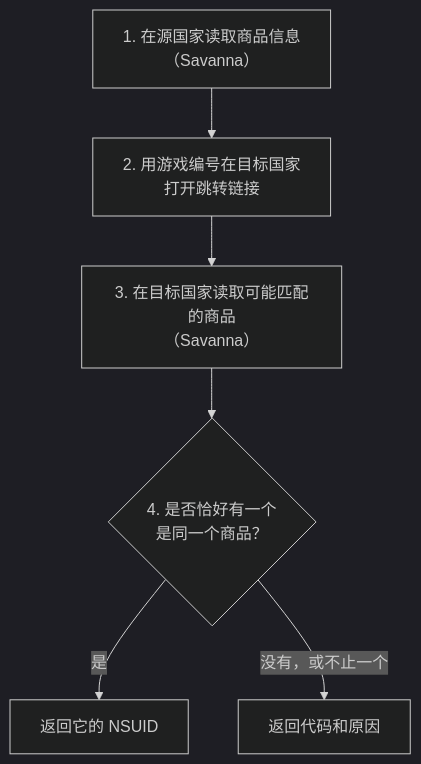
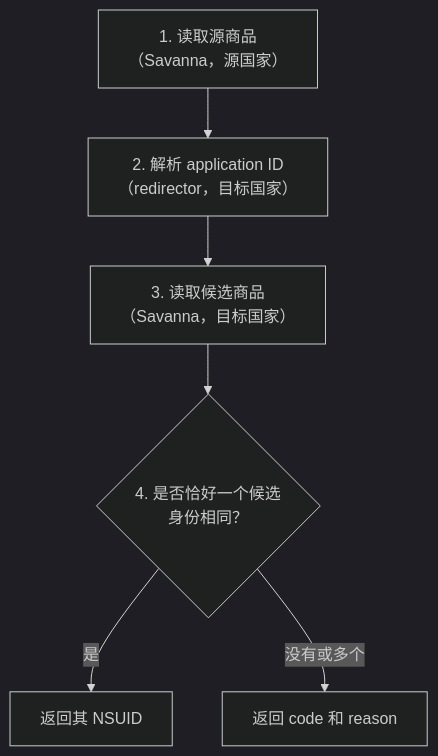
One commit to maixiang-sh/nsuid-mapper changed the diagram in docs/how-it-works.zh-CN.md. Above: the diagram before and after it, drawn with Mermaid (dark theme). The commit also changed other lines of this file and 5 other files, not shown here.

````diff
--- a/docs/how-it-works.zh-CN.md
+++ b/docs/how-it-works.zh-CN.md
@@ -72,8 +68,8 @@
 ```mermaid
 flowchart TD
-    A["1. 在源国家读取商品信息<br>（Savanna）"] --> B["2. 用游戏编号在目标国家<br>打开跳转链接"]
-    B --> C["3. 在目标国家读取可能匹配的商品<br>（Savanna）"]
-    C --> D{"4. 是否恰好有一个<br>是同一个商品？"}
-    D -- 是 --> E[返回它的 NSUID]
-    D -- "没有，或不止一个" --> F[返回代码和原因]
+    A["1. 读取源商品<br>（Savanna，源国家）"] --> B["2. 解析 application ID<br>（redirector，目标国家）"]
+    B --> C["3. 读取候选商品<br>（Savanna，目标国家）"]
+    C --> D{"4. 是否恰好一个候选<br>身份相同？"}
+    D -- 是 --> E[返回其 NSUID]
+    D -- "没有或多个" --> F[返回 code 和 reason]
 ```
````
